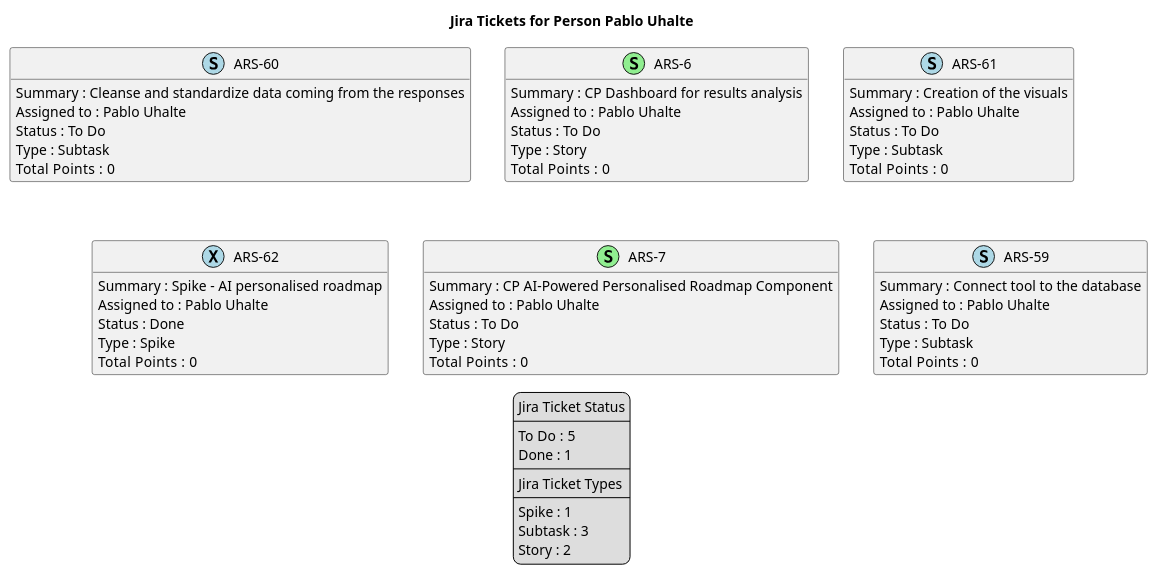
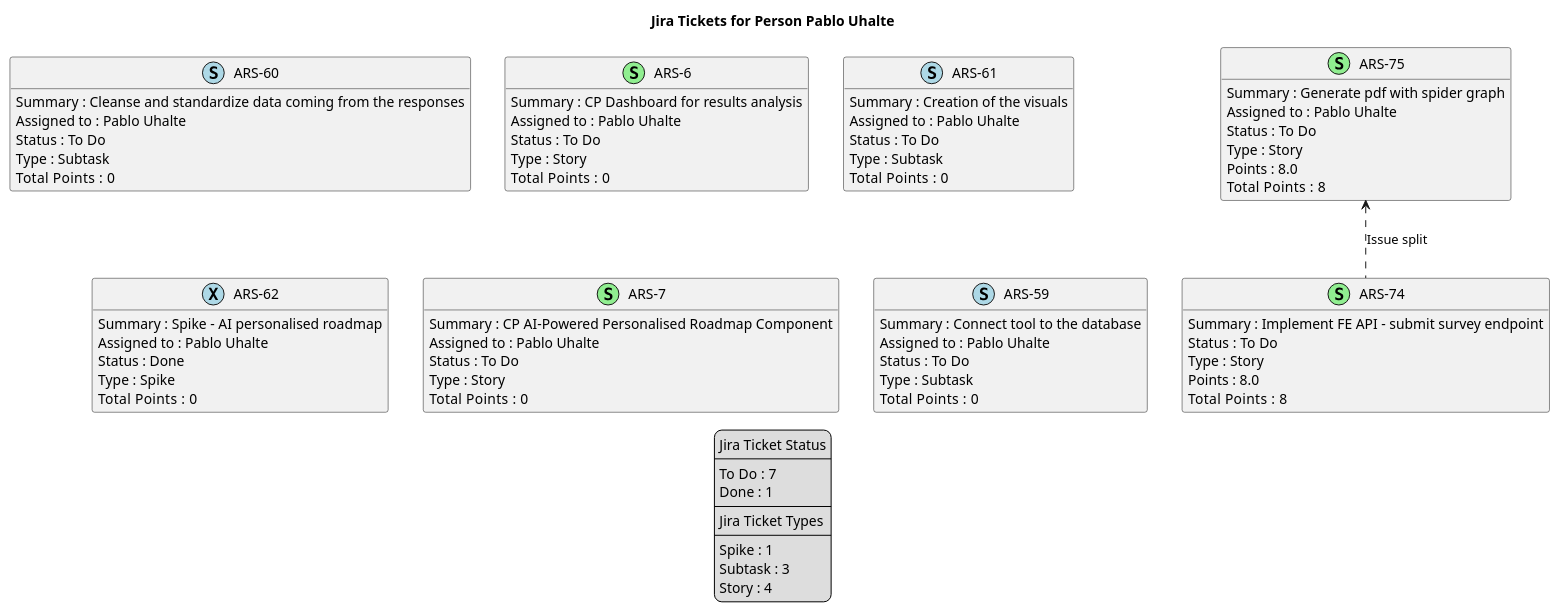
Before and after one commit to brunasti/jiraplotter: the diagram in docs/nexus/jira-Person-Pablo_Uhalte.puml, drawn with PlantUML. The commit also changed 23 other files, not shown here.

Commit message:
Regenerates Nexus diagrams

```diff
--- a/docs/nexus/jira-Person-Pablo_Uhalte.puml
+++ b/docs/nexus/jira-Person-Pablo_Uhalte.puml
@@ -1,78 +1,97 @@
 @startuml
 'https://plantuml.com/class-diagram
 
 ' GENERATE CLASS DIAGRAM ===========
-' Generated at    : Thu May 23 13:36:26 CEST 2024
+' Generated at    : Mon May 27 11:35:03 CEST 2024
 
 title Jira Tickets for Person Pablo Uhalte
 hide empty members
 
 legend
 Jira Ticket Status
 ----
-To Do : 5
+To Do : 7
 Done : 1
 ----
 Jira Ticket Types
 ----
 Spike : 1
 Subtask : 3
-Story : 2
+Story : 4
 end legend
 
 
 ' Tickets =======
 class "ARS-60" << (S,lightblue) >> {
  Summary : Cleanse and standardize data coming from the responses
  Assigned to : Pablo Uhalte
  Status : To Do
  Type : Subtask
 Total  Points : 0
 }
 
 class "ARS-6" << (S,lightgreen) >> {
  Summary : CP Dashboard for results analysis
  Assigned to : Pablo Uhalte
  Status : To Do
  Type : Story
 Total  Points : 0
 }
 
 class "ARS-61" << (S,lightblue) >> {
  Summary : Creation of the visuals
  Assigned to : Pablo Uhalte
  Status : To Do
  Type : Subtask
 Total  Points : 0
 }
 
 class "ARS-62" << (X,lightblue) >> {
  Summary : Spike - AI personalised roadmap
  Assigned to : Pablo Uhalte
  Status : Done
  Type : Spike
 Total  Points : 0
 }
 
 class "ARS-7" << (S,lightgreen) >> {
  Summary : CP AI-Powered Personalised Roadmap Component
  Assigned to : Pablo Uhalte
  Status : To Do
  Type : Story
 Total  Points : 0
 }
 
 class "ARS-59" << (S,lightblue) >> {
  Summary : Connect tool to the database 
  Assigned to : Pablo Uhalte
  Status : To Do
  Type : Subtask
 Total  Points : 0
 }
 
+class "ARS-74" << (S,lightgreen) >> {
+ Summary : Implement FE API - submit survey endpoint
+ Status : To Do
+ Type : Story
+ Points : 8.0
+Total  Points : 8
+}
+
+class "ARS-75" << (S,lightgreen) >> {
+ Summary : Generate pdf with spider graph
+ Assigned to : Pablo Uhalte
+ Status : To Do
+ Type : Story
+ Points : 8.0
+Total  Points : 8
+}
+
 
 
 ' Links =======
+"ARS-75" <.. "ARS-74" : Issue split
+
 
 
 @enduml
```
